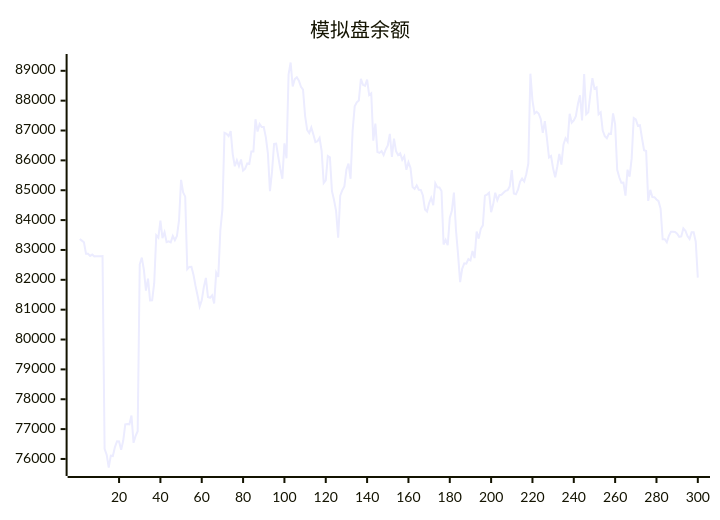
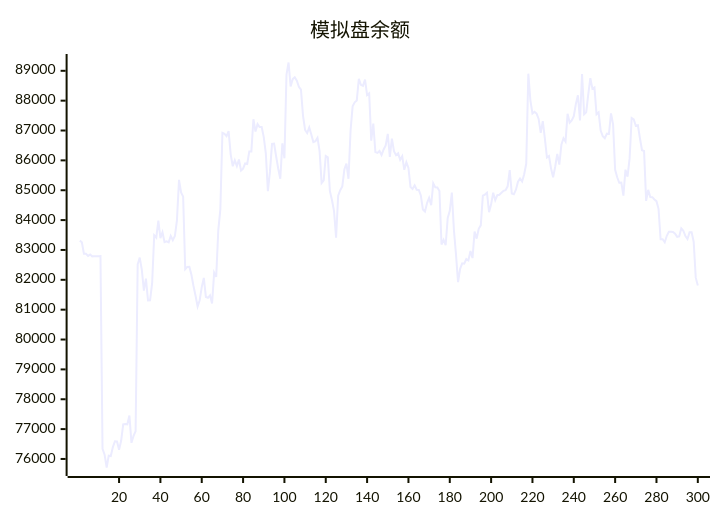
Before and after one commit to aahl/ai-trading: the diagram in README.md, drawn with Mermaid. The commit also changed other lines of this file and 1 other file, not shown here.

````diff
--- a/README.md
+++ b/README.md
@@ -5,5 +5,5 @@
 ```mermaid
 xychart
     title "模拟盘余额"
-    line [83369,83313,83256,82872,82873,82801,82844,82785,82791,82791,82793,82794,76339,76145,75714,76110,76096,76397,76594,76585,76310,76607,77160,77170,77160,77456,76541,76774,76927,82520,82744,82337,81639,82040,81307,81314,81887,83490,83414,83984,83396,83594,83261,83287,83253,83470,83327,83465,83987,85348,84930,84786,82355,82433,82438,82167,81795,81466,81105,81315,81756,82064,81426,81398,81481,81210,82242,82099,83658,84359,86925,86892,86814,86980,86203,85802,86003,85811,86028,85657,85721,85896,85880,86300,86299,87378,86965,87214,87115,87118,86780,86238,84966,85623,86555,86562,86129,85722,85387,86569,86070,88870,89278,88477,88720,88781,88668,88467,88372,87493,87018,86917,87102,86870,86613,86644,86758,86317,85242,85334,86149,86106,84968,84671,84302,83410,84816,85001,85127,85693,85891,85384,87001,87811,87945,88007,88734,88528,88495,88705,88189,88248,86662,87234,86279,86251,86314,86177,86364,86503,86886,86114,86731,86310,86176,86240,86017,86136,85685,85938,85749,85111,85044,85164,85016,85008,84824,84354,84287,84572,84745,84500,85234,85096,85095,84970,83180,83338,83157,84070,84309,84922,83667,82850,81924,82369,82552,82539,82695,82648,82962,82728,83619,83378,83710,83825,84819,84854,84917,84265,84527,84919,84668,84834,84850,84916,84981,85004,85131,85674,84891,84864,85019,85284,85393,85294,85538,85894,88904,88012,87567,87625,87568,87386,86920,87313,86737,86094,86143,85725,85437,85787,86219,85859,86526,86740,86630,87563,87264,87335,87483,87886,88180,87335,88894,87544,87608,88207,88755,88401,88444,87543,87608,87000,86810,86740,86894,86884,87576,87209,85686,85435,85251,85255,84820,85689,85453,86066,87420,87373,87161,87178,86740,86341,86315,84643,85012,84772,84768,84690,84635,84376,83360,83357,83259,83474,83608,83606,83602,83548,83440,83454,83724,83644,83464,83365,83590,83592,83275,82072]
+    line [83313,83256,82872,82873,82801,82844,82785,82791,82791,82793,82794,76339,76145,75714,76110,76096,76397,76594,76585,76310,76607,77160,77170,77160,77456,76541,76774,76927,82520,82744,82337,81639,82040,81307,81314,81887,83490,83414,83984,83396,83594,83261,83287,83253,83470,83327,83465,83987,85348,84930,84786,82355,82433,82438,82167,81795,81466,81105,81315,81756,82064,81426,81398,81481,81210,82242,82099,83658,84359,86925,86892,86814,86980,86203,85802,86003,85811,86028,85657,85721,85896,85880,86300,86299,87378,86965,87214,87115,87118,86780,86238,84966,85623,86555,86562,86129,85722,85387,86569,86070,88870,89278,88477,88720,88781,88668,88467,88372,87493,87018,86917,87102,86870,86613,86644,86758,86317,85242,85334,86149,86106,84968,84671,84302,83410,84816,85001,85127,85693,85891,85384,87001,87811,87945,88007,88734,88528,88495,88705,88189,88248,86662,87234,86279,86251,86314,86177,86364,86503,86886,86114,86731,86310,86176,86240,86017,86136,85685,85938,85749,85111,85044,85164,85016,85008,84824,84354,84287,84572,84745,84500,85234,85096,85095,84970,83180,83338,83157,84070,84309,84922,83667,82850,81924,82369,82552,82539,82695,82648,82962,82728,83619,83378,83710,83825,84819,84854,84917,84265,84527,84919,84668,84834,84850,84916,84981,85004,85131,85674,84891,84864,85019,85284,85393,85294,85538,85894,88904,88012,87567,87625,87568,87386,86920,87313,86737,86094,86143,85725,85437,85787,86219,85859,86526,86740,86630,87563,87264,87335,87483,87886,88180,87335,88894,87544,87608,88207,88755,88401,88444,87543,87608,87000,86810,86740,86894,86884,87576,87209,85686,85435,85251,85255,84820,85689,85453,86066,87420,87373,87161,87178,86740,86341,86315,84643,85012,84772,84768,84690,84635,84376,83360,83357,83259,83474,83608,83606,83602,83548,83440,83454,83724,83644,83464,83365,83590,83592,83275,82072,81806]
 ```
````
